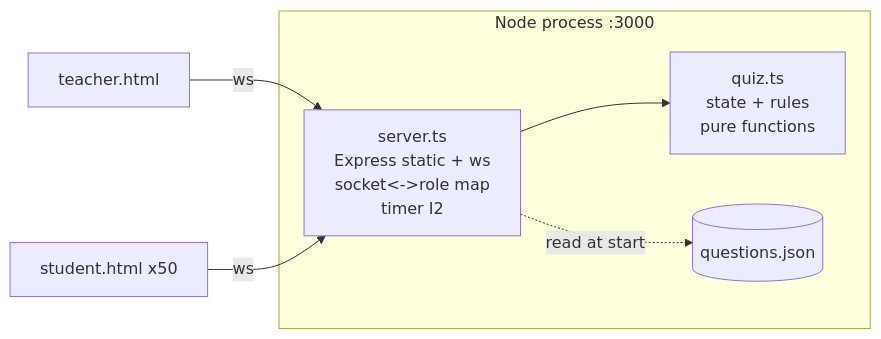
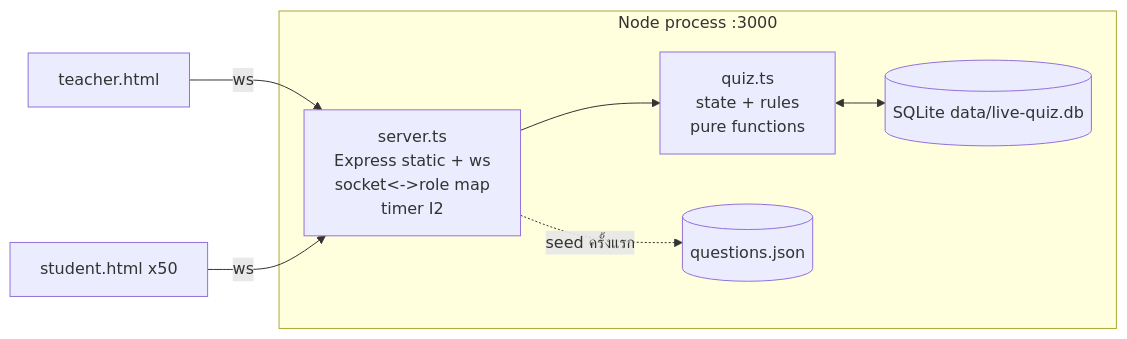
One commit to shode666/live-quiz-lab changed the diagram in docs/03-hld.md. Above: the diagram before and after it, drawn with Mermaid. The commit also changed other lines of this file and 14 other files, not shown here.

First line of the commit message:
Persist all quiz state in SQLite (node:sqlite), supersede ADR-002

````diff
--- a/docs/03-hld.md
+++ b/docs/03-hld.md
@@ -23,9 +24,10 @@
 ```mermaid
 flowchart LR
   T[teacher.html] -- ws --> S
   ST1[student.html x50] -- ws --> S
   subgraph Node process :3000
     S[server.ts<br/>Express static + ws<br/>socket<->role map<br/>timer I2] --> Q[quiz.ts<br/>state + rules<br/>pure functions]
-    S -. read at start .-> J[(questions.json)]
+    S -. seed ครั้งแรก .-> J[(questions.json)]
+    Q <--> D[(SQLite data/live-quiz.db)]
   end
 ```
````
